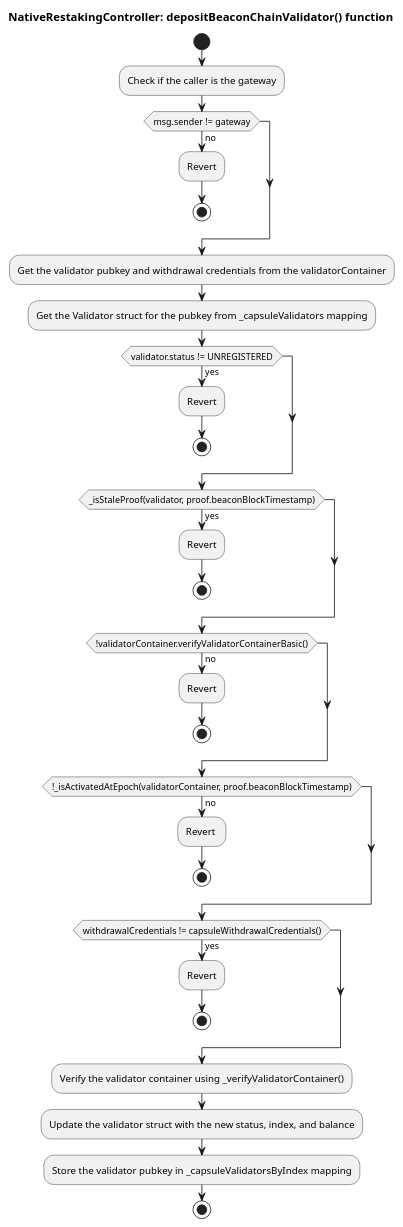
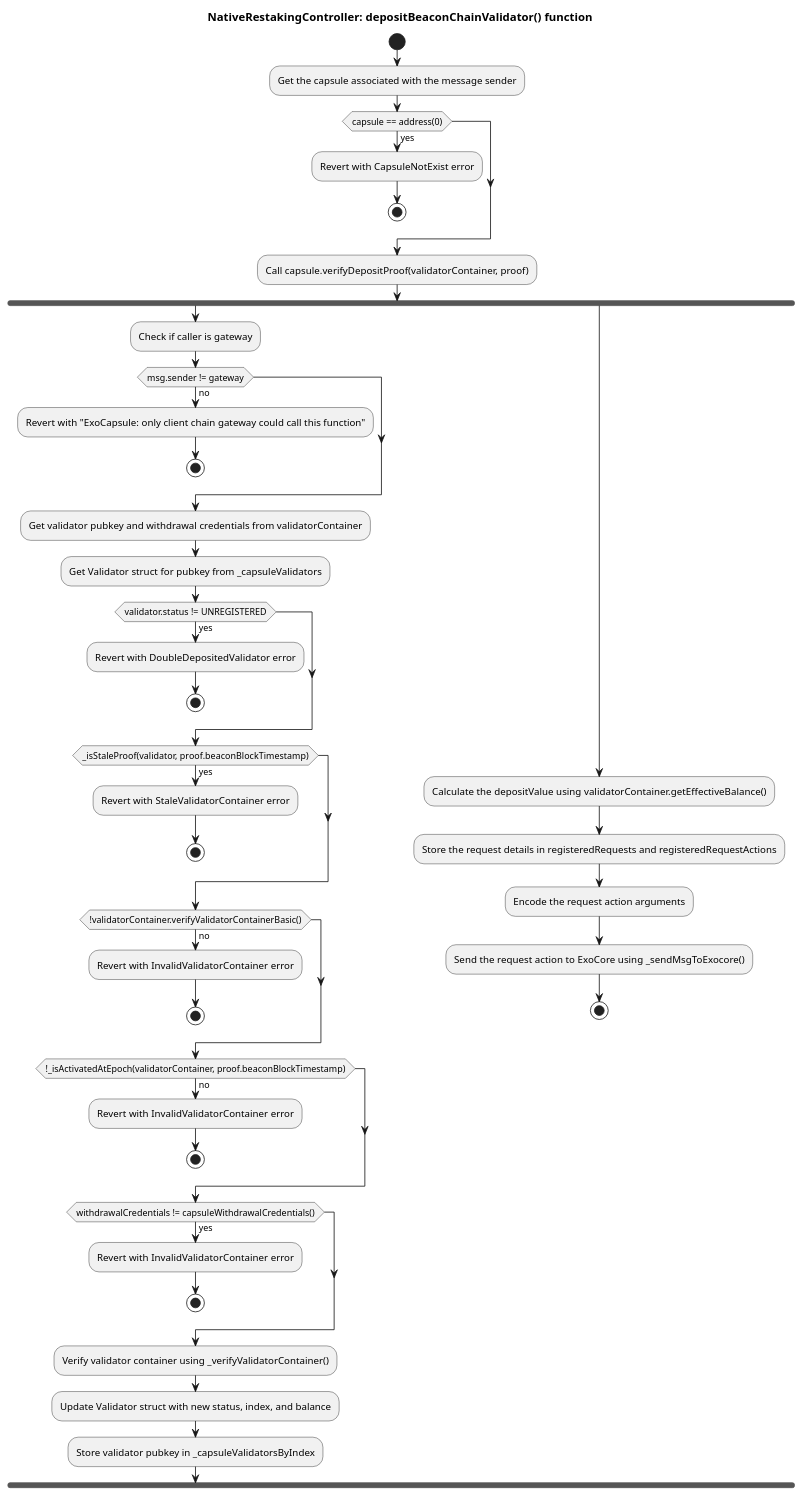
One commit to ExocoreNetwork/exocore-contracts changed the second of 2 diagrams in docs/native_deposit_workflow.wsd. Above: the diagram before and after it, drawn with PlantUML. The commit also changed other lines of this file, not shown here.

Commit message:
fix depositBeaconChainValidator diagram

```diff
--- a/docs/native_deposit_workflow.wsd
+++ b/docs/native_deposit_workflow.wsd
@@ -91,47 +67,61 @@
 @startuml
 title NativeRestakingController: depositBeaconChainValidator() function
 
 start
 
-:Check if the caller is the gateway;
-if (msg.sender != gateway) then (no)
-    :Revert;
+:Get the capsule associated with the message sender;
+if (capsule == address(0)) then (yes)
+    :Revert with CapsuleNotExist error;
     stop
 endif
 
-:Get the validator pubkey and withdrawal credentials from the validatorContainer;
-:Get the Validator struct for the pubkey from _capsuleValidators mapping;
+:Call capsule.verifyDepositProof(validatorContainer, proof);
+fork
+    :Check if caller is gateway;
+    if (msg.sender != gateway) then (no)
+        :Revert with "ExoCapsule: only client chain gateway could call this function";
+        stop
+    endif
 
-if (validator.status != UNREGISTERED) then (yes)
-    :Revert;
-    stop
-endif
+    :Get validator pubkey and withdrawal credentials from validatorContainer;
+    :Get Validator struct for pubkey from _capsuleValidators;
 
-if (_isStaleProof(validator, proof.beaconBlockTimestamp)) then (yes)
-    :Revert;
-    stop
-endif
+    if (validator.status != UNREGISTERED) then (yes)
+        :Revert with DoubleDepositedValidator error;
+        stop
+    endif
 
-if (!validatorContainer.verifyValidatorContainerBasic()) then (no)
-    :Revert;
-    stop
-endif
+    if (_isStaleProof(validator, proof.beaconBlockTimestamp)) then (yes)
+        :Revert with StaleValidatorContainer error;
+        stop
+    endif
 
-if (!_isActivatedAtEpoch(validatorContainer, proof.beaconBlockTimestamp)) then (no)
-    :Revert ;
-    stop
-endif
+    if (!validatorContainer.verifyValidatorContainerBasic()) then (no)
+        :Revert with InvalidValidatorContainer error;
+        stop
+    endif
 
-if (withdrawalCredentials != capsuleWithdrawalCredentials()) then (yes)
-    :Revert;
-    stop
-endif
+    if (!_isActivatedAtEpoch(validatorContainer, proof.beaconBlockTimestamp)) then (no)
+        :Revert with InvalidValidatorContainer error;
+        stop
+    endif
 
-:Verify the validator container using _verifyValidatorContainer();
+    if (withdrawalCredentials != capsuleWithdrawalCredentials()) then (yes)
+        :Revert with InvalidValidatorContainer error;
+        stop
+    endif
 
-:Update the validator struct with the new status, index, and balance;
-:Store the validator pubkey in _capsuleValidatorsByIndex mapping;
+    :Verify validator container using _verifyValidatorContainer();
+    :Update Validator struct with new status, index, and balance;
+    :Store validator pubkey in _capsuleValidatorsByIndex;
+fork again
+
+:Calculate the depositValue using validatorContainer.getEffectiveBalance();
+:Store the request details in registeredRequests and registeredRequestActions;
+
+:Encode the request action arguments;
+:Send the request action to ExoCore using _sendMsgToExocore();
 
 stop
 
 @enduml
```
